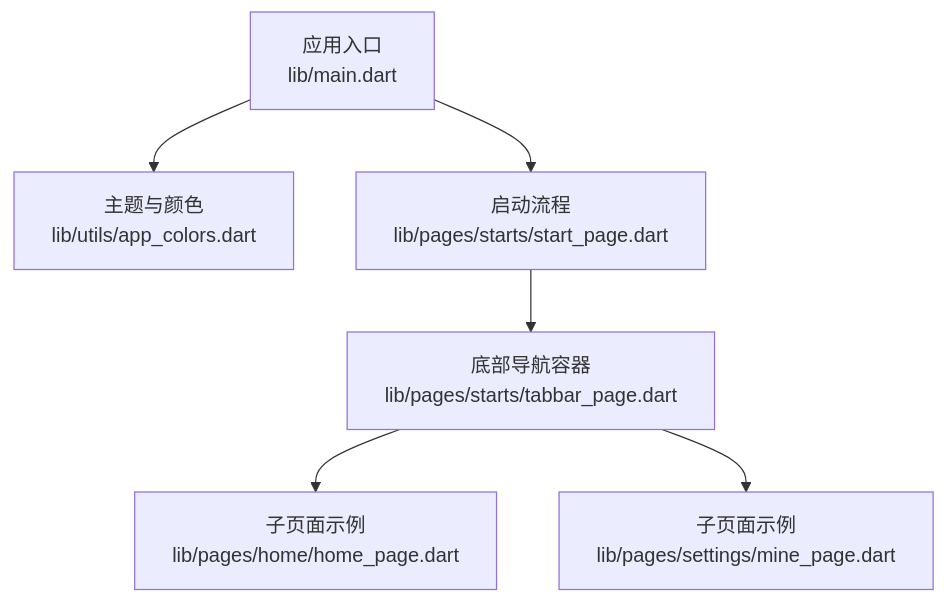
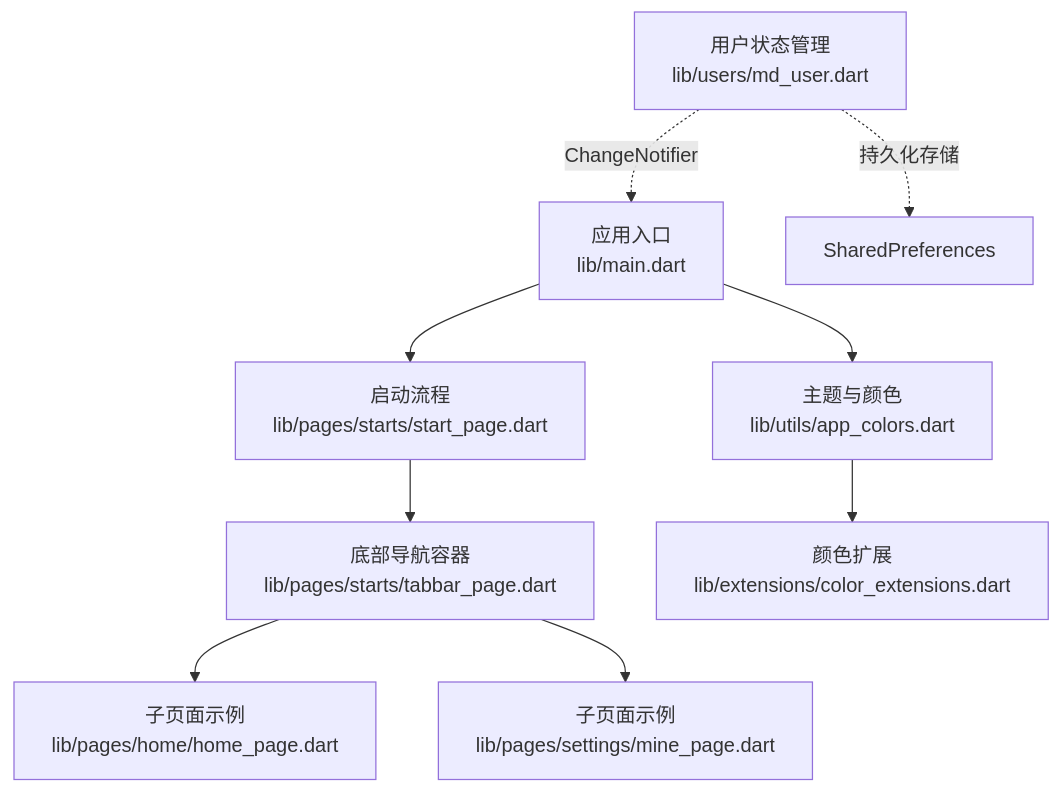
One commit to sfandy126/zslx_flutter changed the first of 4 diagrams in .qoder/repowiki/zh/content/架构设计/状态管理.md. Above: the diagram before and after it, drawn with Mermaid. The commit also changed other lines of this file and 43 other files, not shown here.

````diff
--- a/.qoder/repowiki/zh/content/架构设计/状态管理.md
+++ b/.qoder/repowiki/zh/content/架构设计/状态管理.md
@@ -41,8 +51,11 @@
 ```mermaid
 graph TB
 A["应用入口<br/>lib/main.dart"] --> B["主题与颜色<br/>lib/utils/app_colors.dart"]
 A --> C["启动流程<br/>lib/pages/starts/start_page.dart"]
 C --> D["底部导航容器<br/>lib/pages/starts/tabbar_page.dart"]
 D --> E["子页面示例<br/>lib/pages/home/home_page.dart"]
 D --> F["子页面示例<br/>lib/pages/settings/mine_page.dart"]
+G["用户状态管理<br/>lib/users/md_user.dart"] -.->|ChangeNotifier| A
+G -.->|持久化存储| H["SharedPreferences"]
+B --> I["颜色扩展<br/>lib/extensions/color_extensions.dart"]
 ```
````
